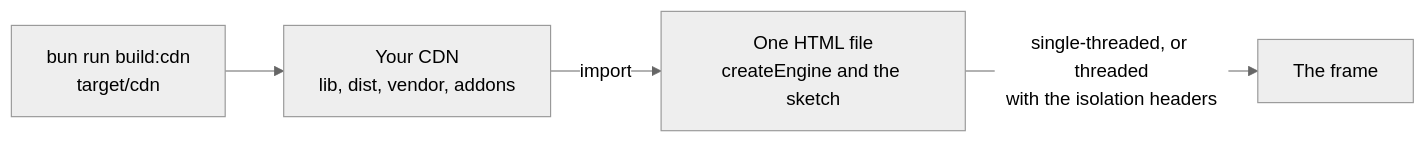
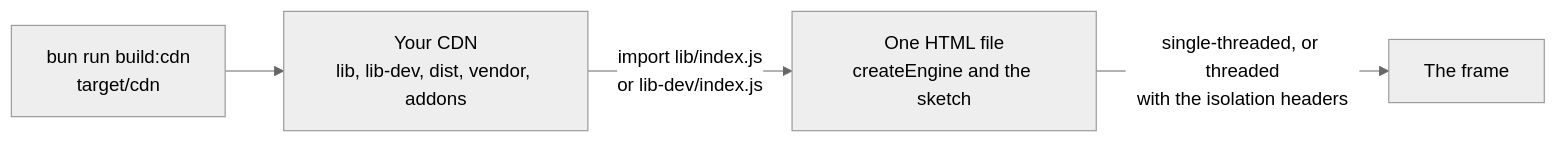
The diagram in docs/getting-started/cdn.md (null3d-engine/null3d), drawn with Mermaid (neutral theme) before and after one commit. The commit also changed other lines of this file and 23 other files, not shown here.

````diff
--- a/docs/getting-started/cdn.md
+++ b/docs/getting-started/cdn.md
@@ -15,6 +15,6 @@
 ```mermaid
 flowchart LR
-    build["bun run build:cdn<br/>target/cdn"] --> cdn["Your CDN<br/>lib, dist, vendor, addons"]
-    cdn -- "import" --> html["One HTML file<br/>createEngine and the sketch"]
+    build["bun run build:cdn<br/>target/cdn"] --> cdn["Your CDN<br/>lib, lib-dev, dist, vendor, addons"]
+    cdn -- "import lib/index.js<br/>or lib-dev/index.js" --> html["One HTML file<br/>createEngine and the sketch"]
     html -- "single-threaded, or threaded<br/>with the isolation headers" --> frame["The frame"]
 ```
````
